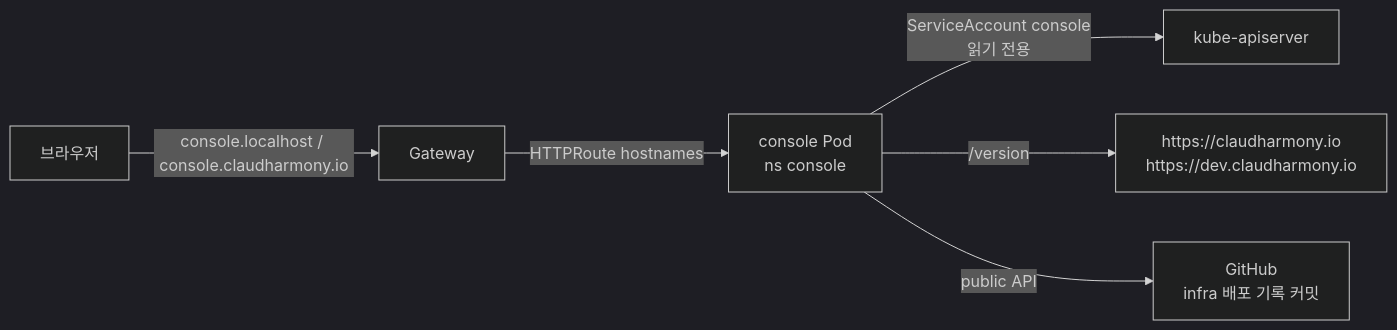
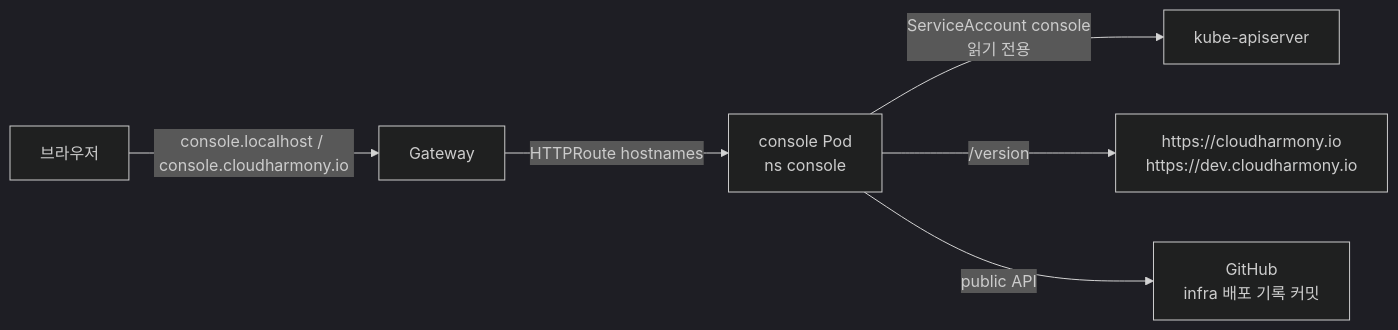
Before and after one commit to ParkSeWoo/claudharmony-infra: the diagram in docs/10-console.md, drawn with Mermaid (dark theme). The commit also changed other lines of this file and 10 other files, not shown here.

````diff
--- a/docs/10-console.md
+++ b/docs/10-console.md
@@ -40,8 +40,8 @@
 ```mermaid
 flowchart LR
-    B[브라우저] -->|console.localhost / console.claudharmony.io| GW[Gateway]
+    B[브라우저] -->|console.localhost / console.cloudharmony.io| GW[Gateway]
     GW -->|HTTPRoute hostnames| C[console Pod<br/>ns console]
     C -->|ServiceAccount console<br/>읽기 전용| API[kube-apiserver]
-    C -->|/version| EXT[https://claudharmony.io<br/>https://dev.claudharmony.io]
+    C -->|/version| EXT[https://cloudharmony.io<br/>https://dev.cloudharmony.io]
     C -->|public API| GH[GitHub<br/>infra 배포 기록 커밋]
 ```
````
